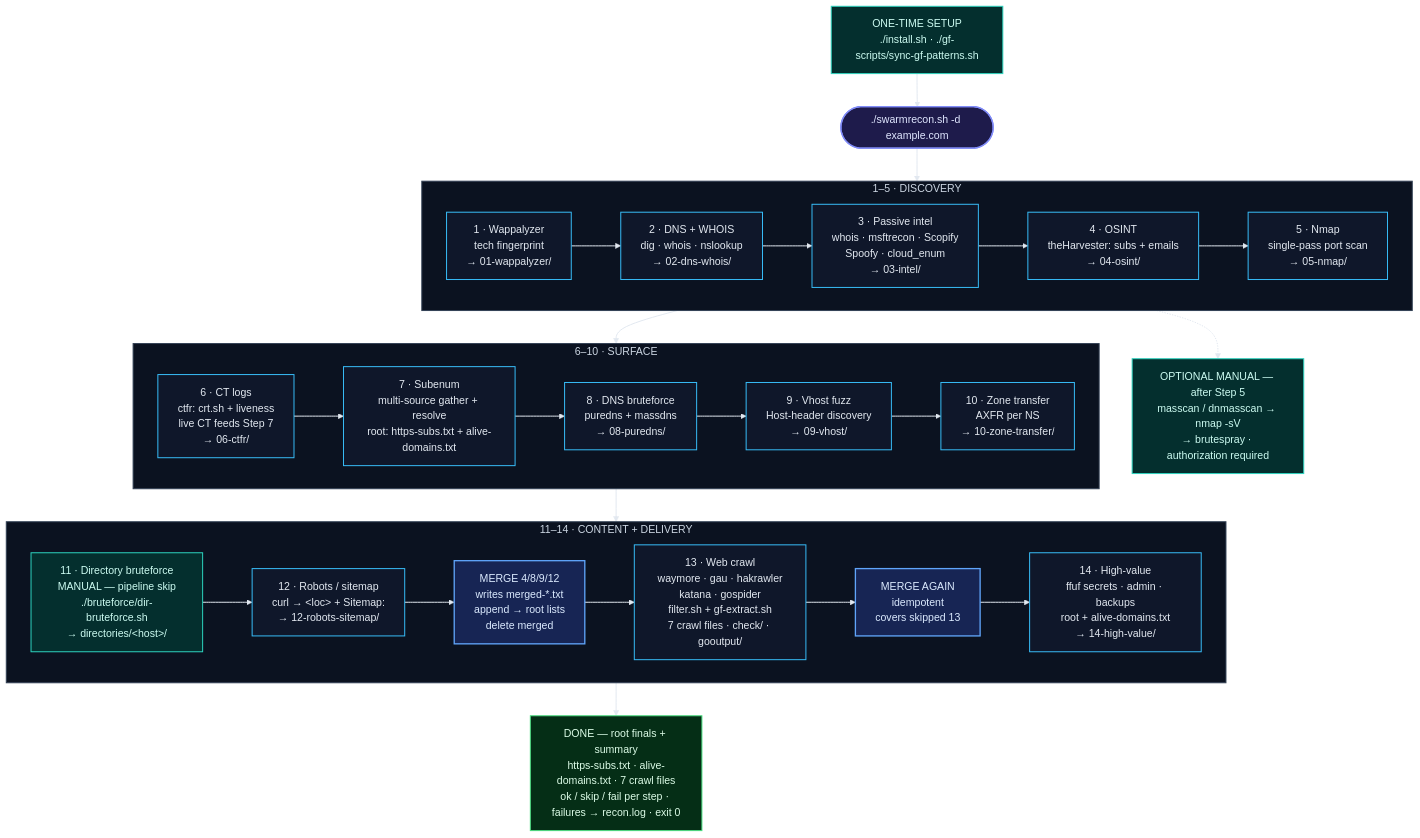
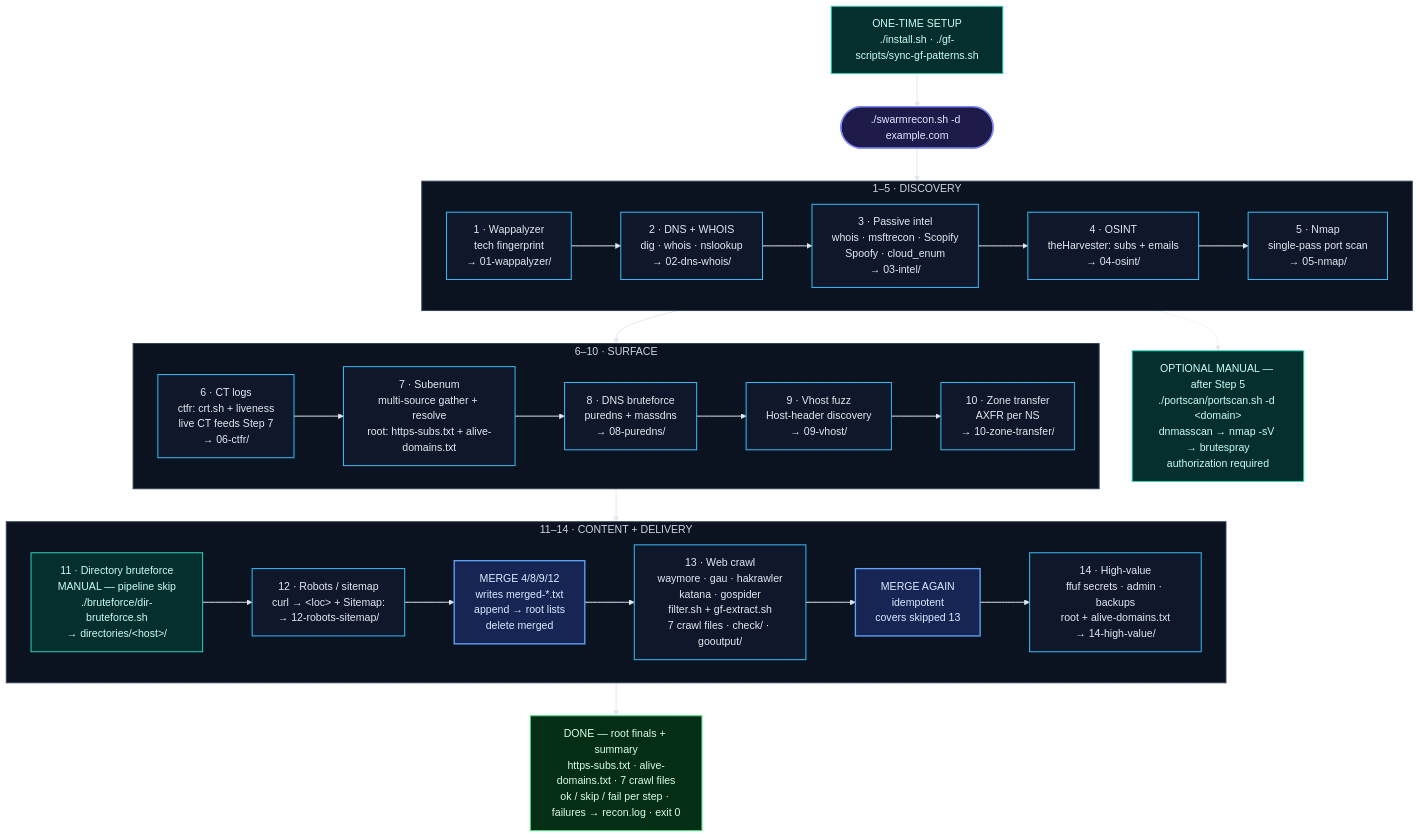
One commit to manojxshrestha/swarmrecon changed the second of 2 diagrams in README.md. Above: the diagram before and after it, drawn with Mermaid. The commit also changed other lines of this file and 3 other files, not shown here.

````diff
--- a/README.md
+++ b/README.md
@@ -609,46 +497,46 @@
 ```mermaid
 flowchart TD
     classDef entry fill:#1e1b4b,stroke:#818cf8,stroke-width:2px,color:#e0e7ff
     classDef phase fill:#0f172a,stroke:#38bdf8,stroke-width:1.5px,color:#e2e8f0
     classDef manual fill:#042f2e,stroke:#2dd4bf,stroke-width:1.5px,color:#ccfbf1
     classDef merge fill:#172554,stroke:#60a5fa,stroke-width:2px,color:#dbeafe
     classDef artifact fill:#052e16,stroke:#4ade80,stroke-width:1.5px,color:#dcfce7
 
     SETUP["ONE-TIME SETUP<br/>./install.sh · ./gf-scripts/sync-gf-patterns.sh"]:::manual --> RUN(["./swarmrecon.sh -d example.com"]):::entry
 
     subgraph P1["1–5 · DISCOVERY"]
         direction LR
         S1["1 · Wappalyzer<br/>tech fingerprint<br/>→ 01-wappalyzer/"]:::phase --> S2["2 · DNS + WHOIS<br/>dig · whois · nslookup<br/>→ 02-dns-whois/"]:::phase
         S2 --> S3["3 · Passive intel<br/>whois · msftrecon · Scopify<br/>Spoofy · cloud_enum<br/>→ 03-intel/"]:::phase
         S3 --> S4["4 · OSINT<br/>theHarvester: subs + emails<br/>→ 04-osint/"]:::phase
         S4 --> S5["5 · Nmap<br/>single-pass port scan<br/>→ 05-nmap/"]:::phase
     end
 
     subgraph P2["6–10 · SURFACE"]
         direction LR
         S6["6 · CT logs<br/>ctfr: crt.sh + liveness<br/>live CT feeds Step 7<br/>→ 06-ctfr/"]:::phase --> S7["7 · Subenum<br/>multi-source gather + resolve<br/>root: https-subs.txt + alive-domains.txt"]:::phase
         S7 --> S8["8 · DNS bruteforce<br/>puredns + massdns<br/>→ 08-puredns/"]:::phase
         S8 --> S9["9 · Vhost fuzz<br/>Host-header discovery<br/>→ 09-vhost/"]:::phase
         S9 --> S10["10 · Zone transfer<br/>AXFR per NS<br/>→ 10-zone-transfer/"]:::phase
     end
 
     subgraph P3["11–14 · CONTENT + DELIVERY"]
         direction LR
         S11["11 · Directory bruteforce<br/>MANUAL — pipeline skip<br/>./bruteforce/dir-bruteforce.sh<br/>→ directories/&lt;host&gt;/"]:::manual --> S12["12 · Robots / sitemap<br/>curl → &lt;loc&gt; + Sitemap:<br/>→ 12-robots-sitemap/"]:::phase
         S12 --> M13["MERGE 4/8/9/12<br/>writes merged-*.txt<br/>append → root lists<br/>delete merged"]:::merge
         M13 --> S13["13 · Web crawl<br/>waymore · gau · hakrawler<br/>katana · gospider<br/>filter.sh + gf-extract.sh<br/>7 crawl files · check/ · gooutput/"]:::phase
         S13 --> M14["MERGE AGAIN<br/>idempotent<br/>covers skipped 13"]:::merge
         M14 --> S14["14 · High-value<br/>ffuf secrets · admin · backups<br/>root + alive-domains.txt<br/>→ 14-high-value/"]:::phase
     end
 
     RUN --> S1
     S5 --> S6
-    S5 -.-> MPORT["OPTIONAL MANUAL — after Step 5<br/>masscan / dnmasscan → nmap -sV<br/>→ brutespray · authorization required"]:::manual
+    S5 -.-> MPORT["OPTIONAL MANUAL — after Step 5<br/>./portscan/portscan.sh -d &lt;domain&gt;<br/>dnmasscan → nmap -sV → brutespray<br/>authorization required"]:::manual
     S10 --> S11
     S14 --> DONE["DONE — root finals + summary<br/>https-subs.txt · alive-domains.txt · 7 crawl files<br/>ok / skip / fail per step · failures → recon.log · exit 0"]:::artifact
 
     style P1 fill:#0b1220,stroke:#334155,stroke-width:1.5px,color:#cbd5e1
     style P2 fill:#0b1220,stroke:#334155,stroke-width:1.5px,color:#cbd5e1
     style P3 fill:#0b1220,stroke:#334155,stroke-width:1.5px,color:#cbd5e1
     linkStyle default stroke:#e2e8f0,stroke-width:1.5px
 ```
````
